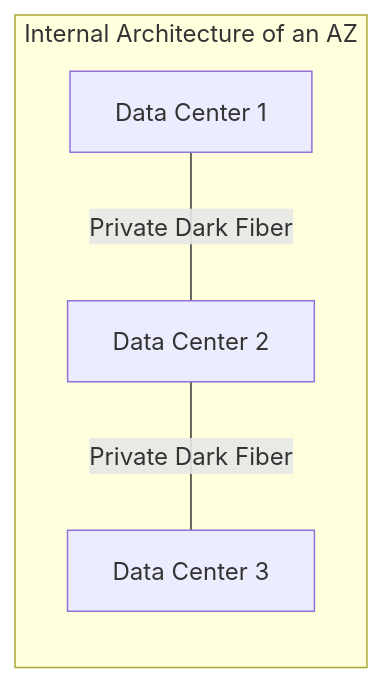
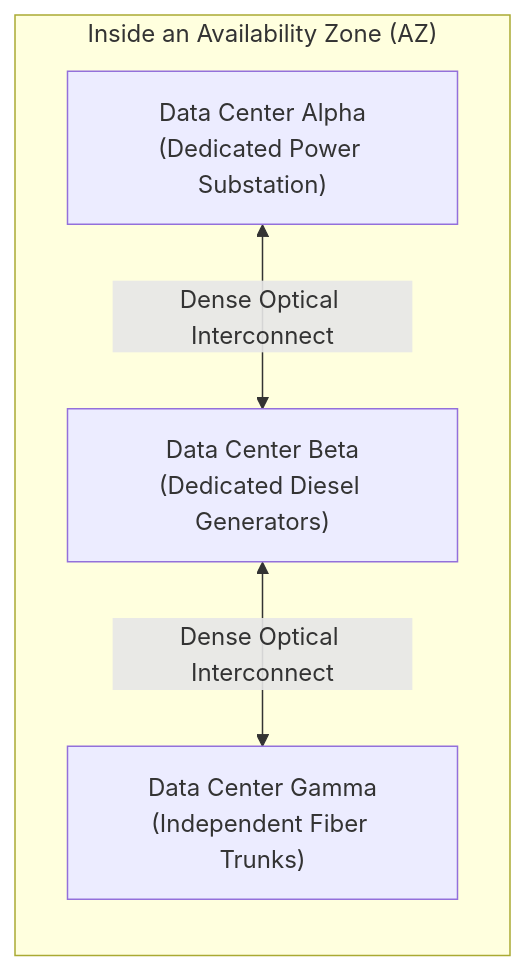
One commit to fakhruldeen/AWS changed the second of 3 diagrams in Cloud/Practitioner/CLF-C02/06_Explanations/01_Cloud_Concepts/Global_Infrastructure.md. Above: the diagram before and after it, drawn with Mermaid. The commit also changed other lines of this file and 18 other files, not shown here.

````diff
--- a/Cloud/Practitioner/CLF-C02/06_Explanations/01_Cloud_Concepts/Global_Infrastructure.md
+++ b/Cloud/Practitioner/CLF-C02/06_Explanations/01_Cloud_Concepts/Global_Infrastructure.md
@@ -83,10 +88,10 @@
 ```mermaid
 flowchart LR
-    subgraph AZ_Interior ["Internal Architecture of an AZ"]
-        DC1["Data Center 1"]
-        DC2["Data Center 2"]
-        DC3["Data Center 3"]
-        DC1 ---|Private Dark Fiber| DC2
-        DC2 ---|Private Dark Fiber| DC3
+    subgraph AZ_Detail ["Inside an Availability Zone (AZ)"]
+        DC1["Data Center Alpha<br/>(Dedicated Power Substation)"]
+        DC2["Data Center Beta<br/>(Dedicated Diesel Generators)"]
+        DC3["Data Center Gamma<br/>(Independent Fiber Trunks)"]
+        DC1 <-->|Dense Optical Interconnect| DC2
+        DC2 <-->|Dense Optical Interconnect| DC3
     end
 ```
````
